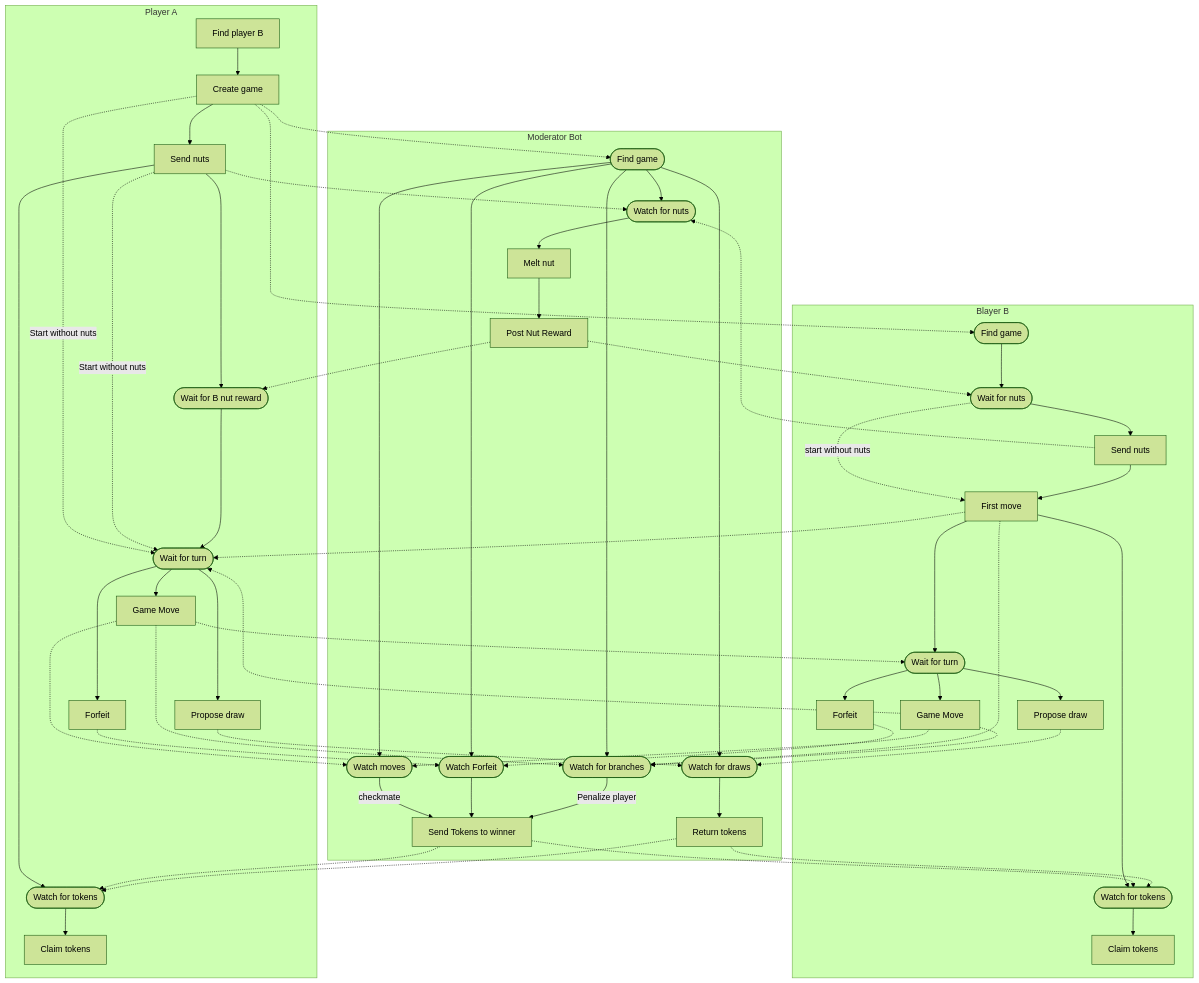
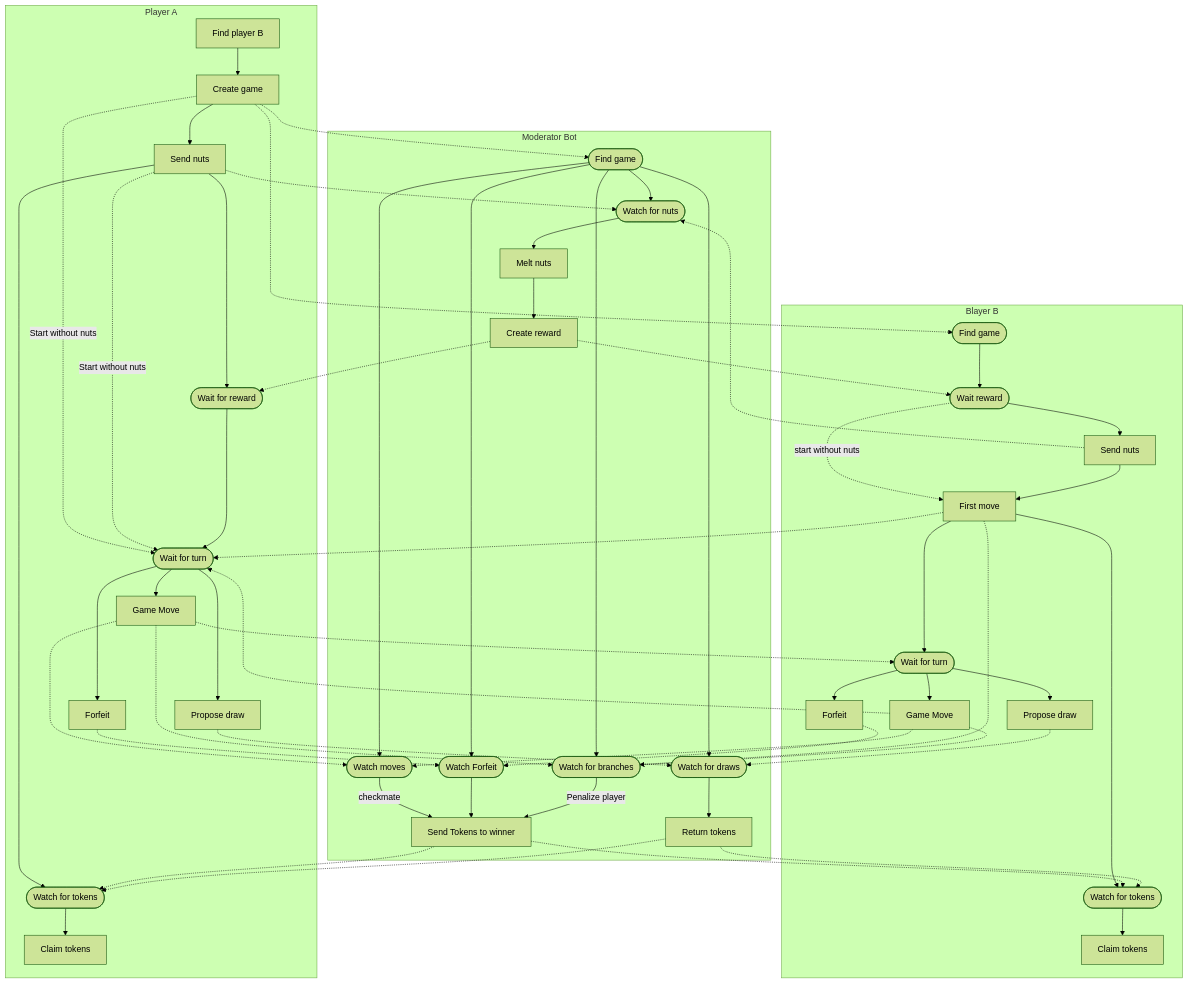
The second of 2 diagrams in README.md (hzrd149/chessnut), drawn with Mermaid (forest theme) before and after one commit.

Commit message:
clearer wording

````diff
--- a/README.md
+++ b/README.md
@@ -105,66 +105,66 @@
 ```mermaid
 flowchart TD
     subgraph Player A
     afindPlayer[Find player B]-->aCreateGame[Create game]
     aCreateGame-->aSendNuts[Send nuts]
     aCreateGame-.Start without nuts.->aWaitForTurn
-    aSendNuts--> aWaitForNuts([Wait for B nut reward])
+    aSendNuts--> aWaitForNuts([Wait for reward])
     aSendNuts-.Start without nuts.->aWaitForTurn
     aWaitForNuts-->aWaitForTurn([Wait for turn])
     aWaitForTurn-->aGameMove[Game Move]
     aWaitForTurn-->aForfeit[Forfeit]
     aWaitForTurn-->aProposeDraw[Propose draw]
     aSendNuts-->aWatchTokens([Watch for tokens])
     aWatchTokens-->aClaimTokens[Claim tokens]
     end
 
     subgraph Moderator Bot
     modFindGame([Find game])-->modWatchForNuts([Watch for nuts])
-    modWatchForNuts-->modConsumeNut[Melt nut]
-    modConsumeNut-->modPostNut[Post Nut Reward]
+    modWatchForNuts-->modConsumeNut[Melt nuts]
+    modConsumeNut-->modCreateReward[Create reward]
     modFindGame-->modWatchMove([Watch moves])
     modFindGame-->modWatchForfeit([Watch Forfeit])
     modFindGame-->modWatchForDraw([Watch for draws])
     modFindGame-->modWatchForBranches([Watch for branches])
     modWatchMove--checkmate-->modSendTokens[Send Tokens to winner]
     modWatchForfeit-->modSendTokens
     modWatchForDraw-->modReturnTokens[Return tokens]
     modWatchForBranches--Penalize player-->modSendTokens
     end
 
     subgraph Blayer B
-    bLookForGames([Find game])-->bWaitForNuts([Wait for nuts])
+    bLookForGames([Find game])-->bWaitForNuts([Wait reward])
     bWaitForNuts-.start without nuts.->bFirstMove
     bWaitForNuts-->bSendNuts[Send nuts]
     bSendNuts-->bFirstMove[First move]
     bFirstMove-->bWaitForTurn([Wait for turn])
     bFirstMove-->bWatchTokens([Watch for tokens])
     bWaitForTurn --> bGameMove[Game Move]
     bWaitForTurn-->bForfeit[Forfeit]
     bWaitForTurn-->bProposeDraw[Propose draw]
     bWatchTokens-->bClaimTokens[Claim tokens]
     end
 
     aSendNuts-.->modWatchForNuts
     bSendNuts-.->modWatchForNuts
     bFirstMove-.->aWaitForTurn
-    modPostNut-.->bWaitForNuts
-    modPostNut-.->aWaitForNuts
+    modCreateReward-.->bWaitForNuts
+    modCreateReward-.->aWaitForNuts
     aCreateGame-.->bLookForGames
     aCreateGame-.->modFindGame
     aGameMove-.->bWaitForTurn
     bGameMove-.->aWaitForTurn
     aGameMove-.->modWatchMove
     bGameMove-.->modWatchMove
     aForfeit-.->modWatchForfeit
     bForfeit-.->modWatchForfeit
     modSendTokens-.->aWatchTokens
     modSendTokens-.->bWatchTokens
     aProposeDraw-.->modWatchForDraw
     bProposeDraw-.->modWatchForDraw
     modReturnTokens-.->aWatchTokens
     modReturnTokens-.->bWatchTokens
     bFirstMove-.->modWatchForBranches
     bGameMove-.->modWatchForBranches
     aGameMove-.->modWatchForBranches
 ```
````
